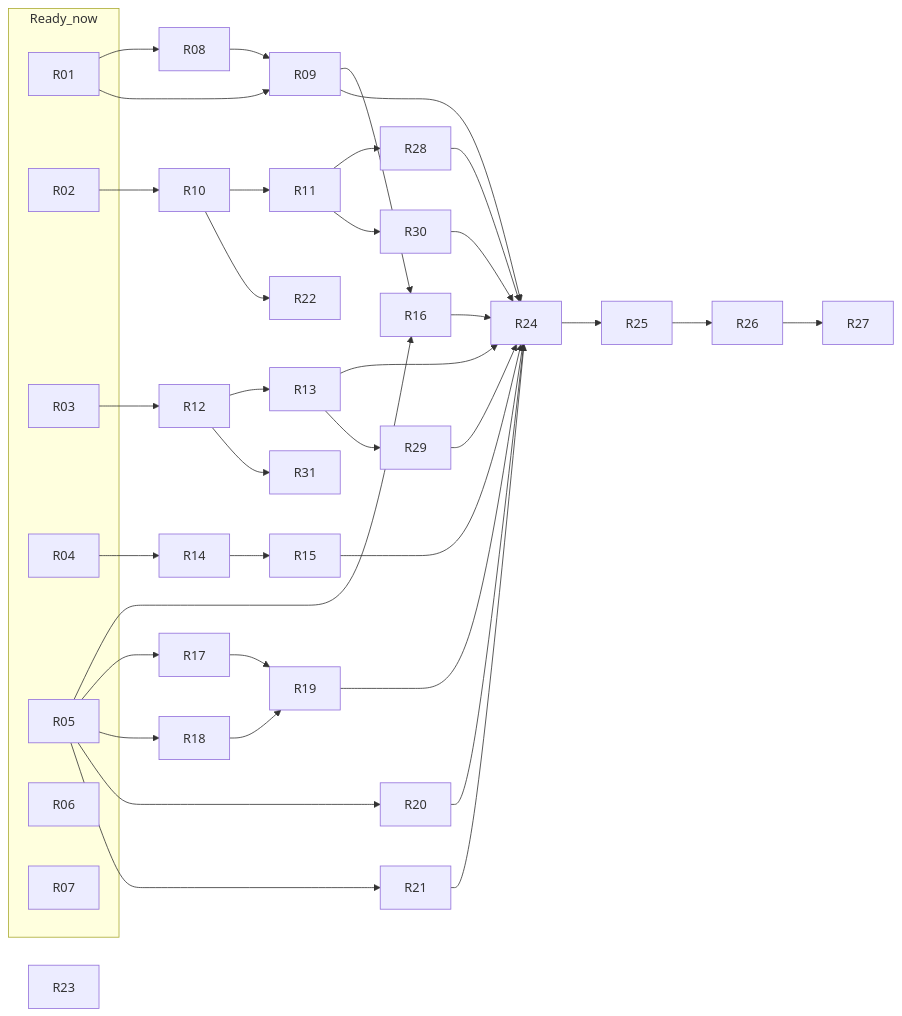
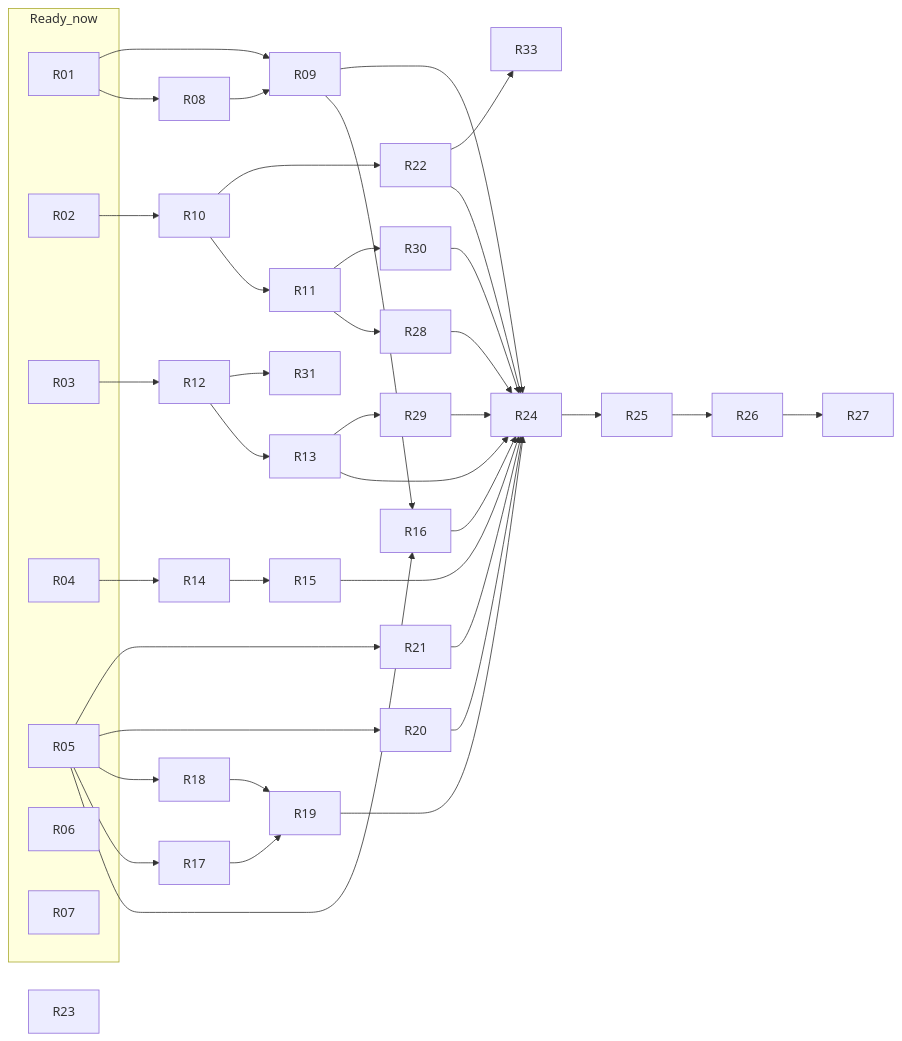
The diagram in docs/plans/PD-059-roadmap.md (suthirram/portfolio-dashboard), drawn with Mermaid before and after one commit. The commit also changed other lines of this file and 6 other files, not shown here.

Commit message:
🐛 Thin crowded chart labels; log owner decisions

````diff
--- a/docs/plans/PD-059-roadmap.md
+++ b/docs/plans/PD-059-roadmap.md
@@ -108,37 +109,39 @@
 ```mermaid
 graph LR
   subgraph Ready_now
     R01
     R02
     R03
     R04
     R05
     R06
     R07
   end
   R01 --> R08 --> R09
   R01 --> R09
   R02 --> R10 --> R11
   R10 --> R22
   R03 --> R12 --> R13
   R04 --> R14 --> R15
   R05 --> R16
   R09 --> R16
   R05 --> R17 --> R19
   R05 --> R18 --> R19
   R05 --> R20
   R05 --> R21
   R09 --> R24
   R11 --> R28 --> R24
   R13 --> R24
   R15 --> R24
   R16 --> R24
   R19 --> R24
   R20 --> R24
   R21 --> R24
   R13 --> R29 --> R24
   R11 --> R30 --> R24
   R12 --> R31
+  R22 --> R24
+  R22 --> R33
   R24 --> R25 --> R26 --> R27
   R23
 ```
````
